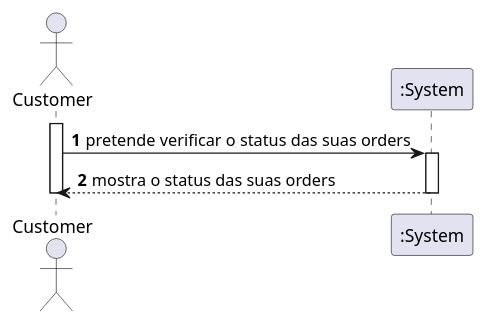
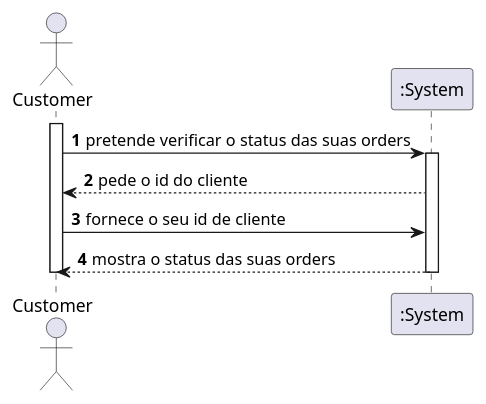
The diagram in Documentação/1190772/US1502/1502_SSD.puml (1190772/LAB-Project-4), drawn with PlantUML before and after one commit. The commit also changed 6 other files, not shown here.

```diff
--- a/Documentação/1190772/US1502/1502_SSD.puml
+++ b/Documentação/1190772/US1502/1502_SSD.puml
@@ -1,13 +1,15 @@
 @startuml
 autonumber
 actor "Customer" as CU
 
 activate CU
 CU -> ":System" : pretende verificar o status das suas orders
 activate ":System"
+":System" --> CU : pede o id do cliente
+CU -> ":System": fornece o seu id de cliente
 ":System" --> CU : mostra o status das suas orders
 deactivate ":System"
 
 deactivate CU
 
 @enduml
```
